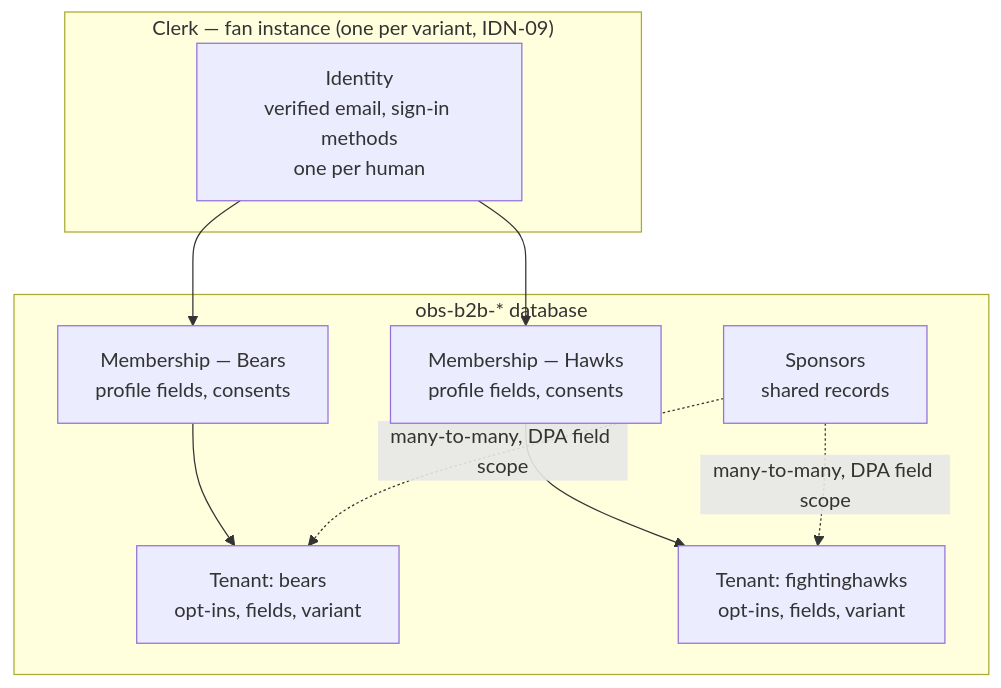
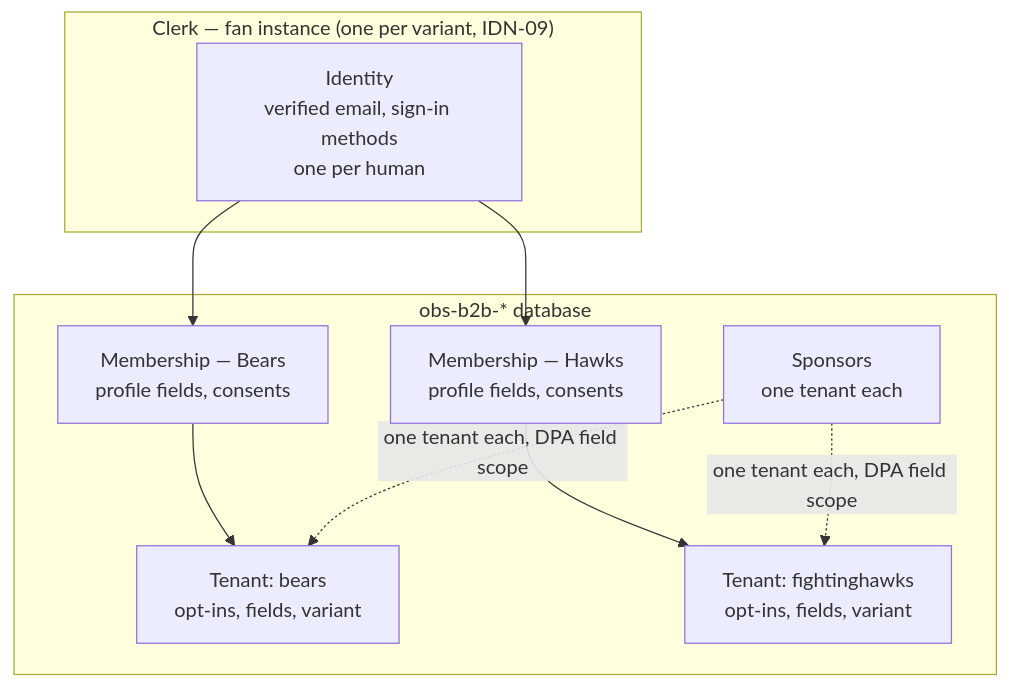
One commit to everythingparlays/overboard-b2b-documentation changed the first of 2 diagrams in documents/HLDs/multi-tenant-identity-auth.md. Above: the diagram before and after it, drawn with Mermaid. The commit also changed other lines of this file and 4 other files, not shown here.

````diff
--- a/documents/HLDs/multi-tenant-identity-auth.md
+++ b/documents/HLDs/multi-tenant-identity-auth.md
@@ -127,21 +129,21 @@
 ```mermaid
 flowchart TB
     subgraph Clerk["Clerk — fan instance (one per variant, IDN-09)"]
         ID["Identity<br/>verified email, sign-in methods<br/>one per human"]
     end
 
     subgraph Mongo["obs-b2b-* database"]
         M1["Membership — Bears<br/>profile fields, consents"]
         M2["Membership — Hawks<br/>profile fields, consents"]
         T1["Tenant: bears<br/>opt-ins, fields, variant"]
         T2["Tenant: fightinghawks<br/>opt-ins, fields, variant"]
-        SP["Sponsors<br/>shared records"]
+        SP["Sponsors<br/>one tenant each"]
     end
 
     ID --> M1
     ID --> M2
     M1 --> T1
     M2 --> T2
-    SP -. "many-to-many, DPA field scope" .-> T1
-    SP -. "many-to-many, DPA field scope" .-> T2
+    SP -. "one tenant each, DPA field scope" .-> T1
+    SP -. "one tenant each, DPA field scope" .-> T2
 ```
````
